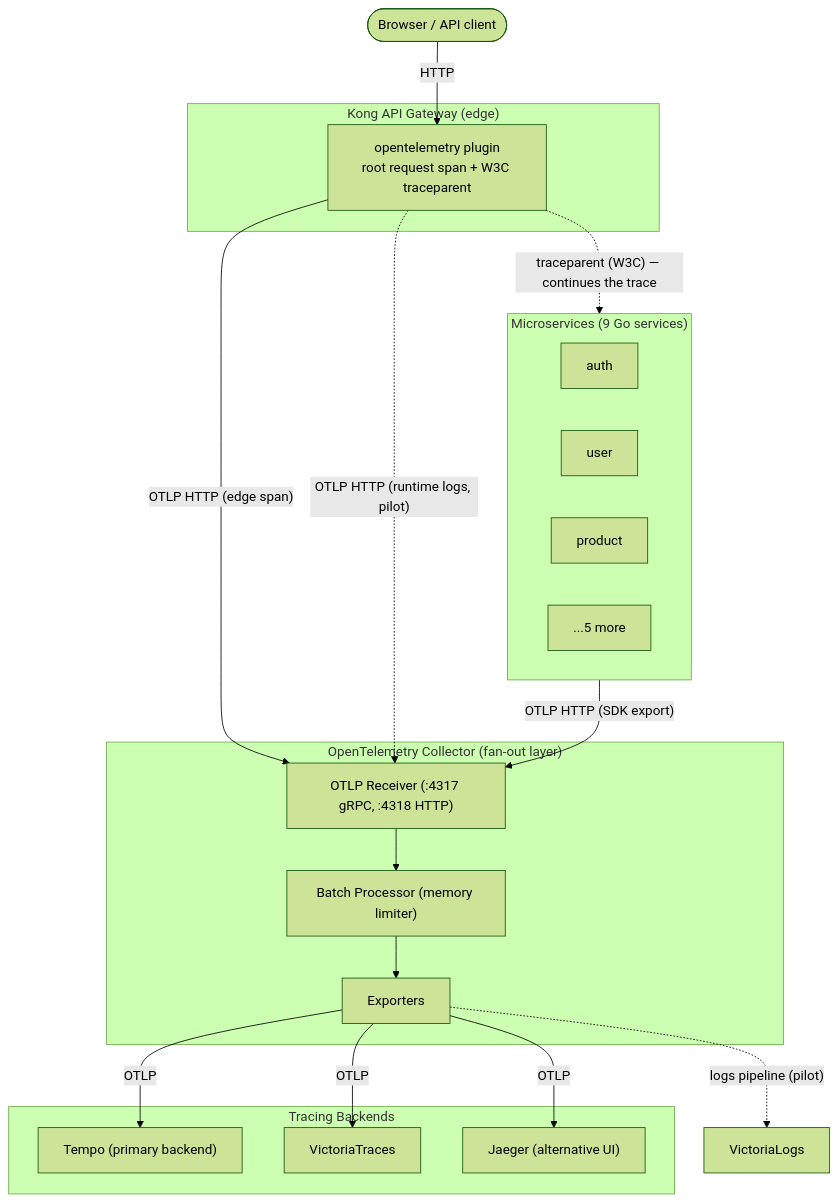
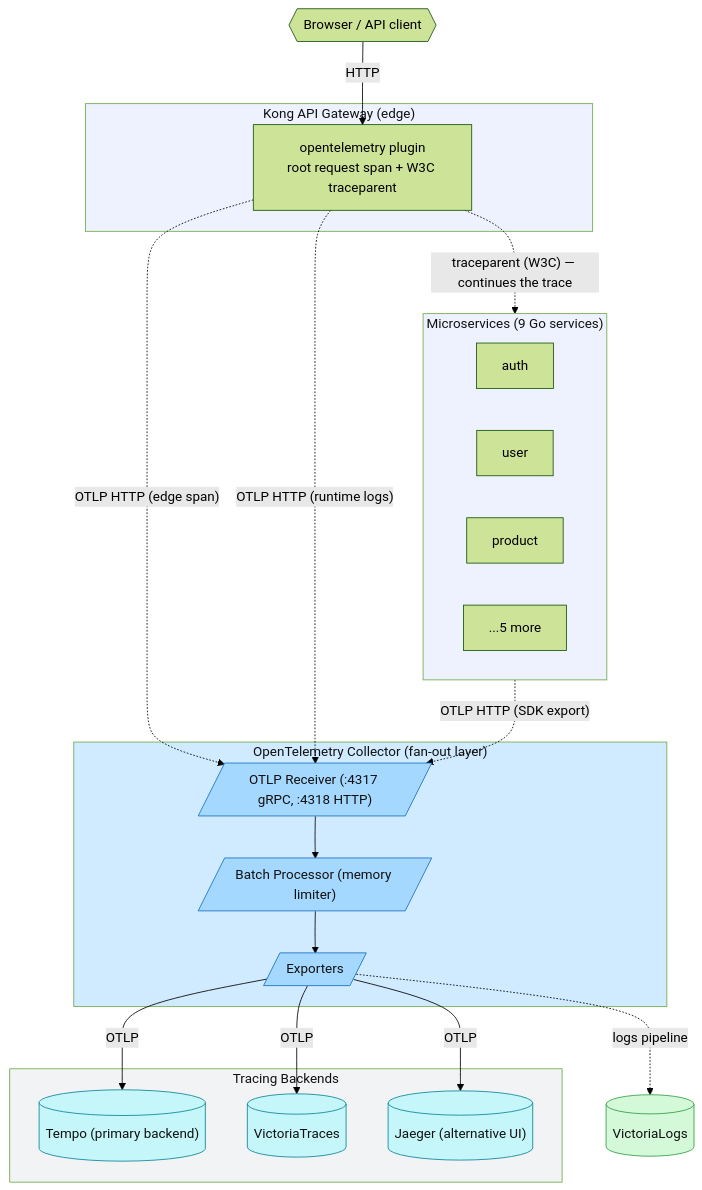
The first of 2 diagrams in docs/observability/tracing/architecture.md (duynhlab/homelab), drawn with Mermaid (forest theme) before and after one commit. The commit also changed other lines of this file and 8 other files, not shown here.

First line of the commit message:
Restyle RFC-0014 observability diagrams (#482)

````diff
--- a/docs/observability/tracing/architecture.md
+++ b/docs/observability/tracing/architecture.md
@@ -11,39 +11,49 @@
 ```mermaid
 flowchart TB
-    Client([Browser / API client])
+    Client{{"Browser / API client"}}
 
     subgraph Edge["Kong API Gateway (edge)"]
         Kong["opentelemetry plugin<br/>root request span + W3C traceparent"]
     end
 
     subgraph Apps["Microservices (9 Go services)"]
         Auth[auth]
         User[user]
         Product[product]
         Others[...5 more]
     end
 
     subgraph OTelCollector["OpenTelemetry Collector (fan-out layer)"]
-        Receiver["OTLP Receiver (:4317 gRPC, :4318 HTTP)"]
-        Processor["Batch Processor (memory limiter)"]
-        Exporter[Exporters]
+        Receiver[/"OTLP Receiver (:4317 gRPC, :4318 HTTP)"/]
+        Processor[/"Batch Processor (memory limiter)"/]
+        Exporter[/"Exporters"/]
     end
 
     subgraph Backends["Tracing Backends"]
-        Tempo["Tempo (primary backend)"]
-        VT["VictoriaTraces"]
-        Jaeger["Jaeger (alternative UI)"]
+        Tempo[("Tempo (primary backend)")]
+        VT[("VictoriaTraces")]
+        Jaeger[("Jaeger (alternative UI)")]
     end
 
     Client -->|HTTP| Kong
     Kong -.->|"traceparent (W3C) — continues the trace"| Apps
-    Kong -->|"OTLP HTTP (edge span)"| Receiver
-    Apps -->|"OTLP HTTP (SDK export)"| Receiver
+    Kong -.->|"OTLP HTTP (edge span)"| Receiver
+    Apps -.->|"OTLP HTTP (SDK export)"| Receiver
     Receiver --> Processor
     Processor --> Exporter
     Exporter -->|OTLP| Tempo
     Exporter -->|OTLP| VT
     Exporter -->|OTLP| Jaeger
-    Kong -.->|"OTLP HTTP (runtime logs, pilot)"| Receiver
-    Exporter -.->|"logs pipeline (pilot)"| VLogs["VictoriaLogs"]
+    Kong -.->|"OTLP HTTP (runtime logs)"| Receiver
+    Exporter -.->|"logs pipeline"| VLogs[("VictoriaLogs")]
+    classDef otc fill:#a5d8ff,stroke:#1971c2,color:#111;
+    classDef trace fill:#c5f6fa,stroke:#0c8599,color:#111;
+    classDef log fill:#d3f9d8,stroke:#2f9e44,color:#111;
+    class Receiver,Processor,Exporter otc;
+    class Tempo,VT,Jaeger trace;
+    class VLogs log;
+    style Edge fill:#eef2ff,color:#111;
+    style Apps fill:#eef2ff,color:#111;
+    style OTelCollector fill:#d0ebff,color:#111;
+    style Backends fill:#f1f3f5,color:#111;
 ```
````
